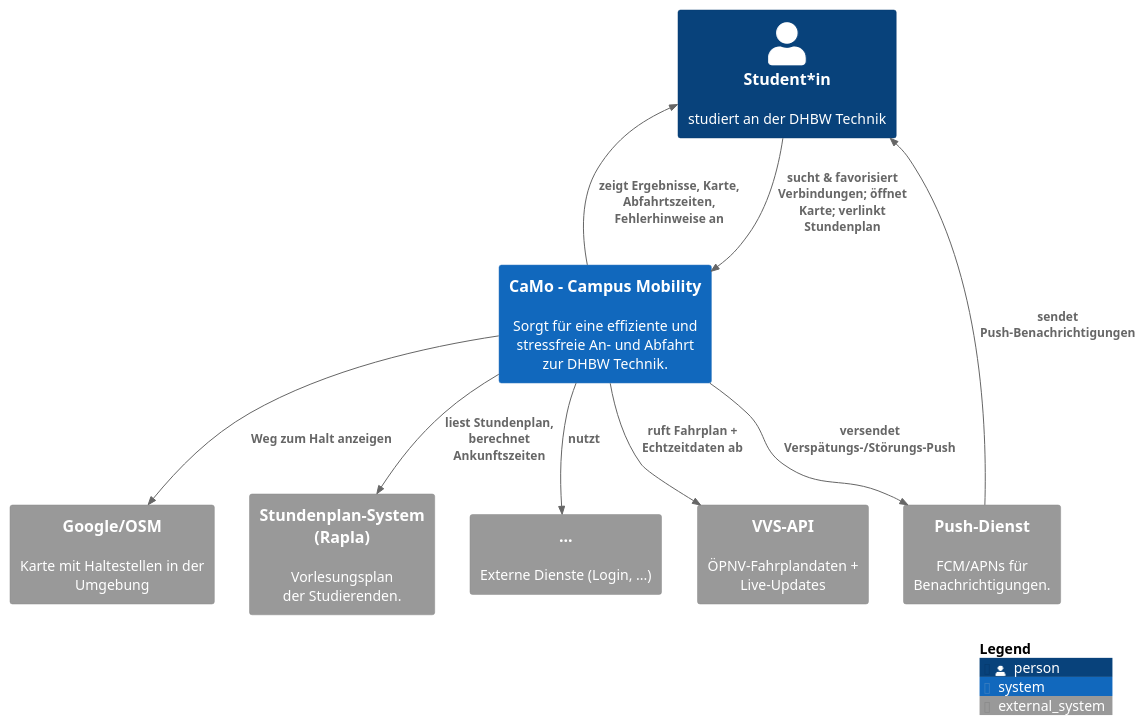
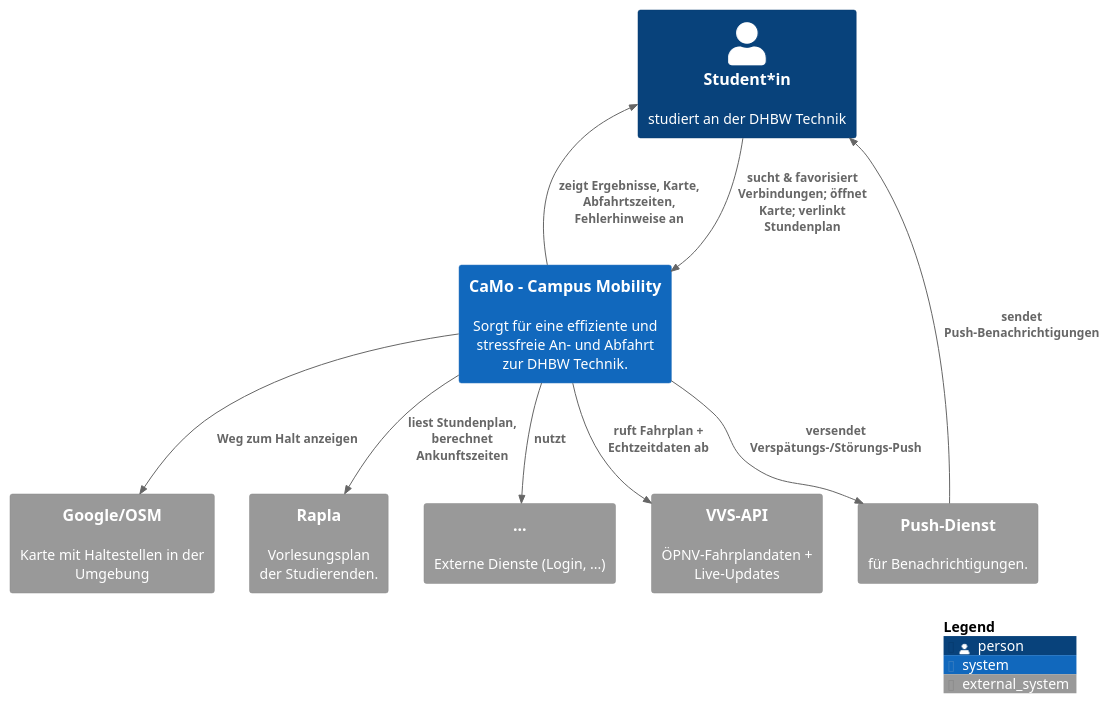
One commit to Isabella25B/CaMo---Campus-Mobility changed the diagram in docs/architecture/c4_beispiel.puml. Above: the diagram before and after it, drawn with PlantUML.

Commit message:
delete info

```diff
--- a/docs/architecture/c4_beispiel.puml
+++ b/docs/architecture/c4_beispiel.puml
@@ -1,36 +1,36 @@
 @startuml C4_Context_Example
 ' C4-PlantUML Context diagram include (remote)
 !includeurl https://raw.githubusercontent.com/plantuml-stdlib/C4-PlantUML/master/C4_Context.puml
 
 ' optional: set skinparams oder Theme (siehe Repo für Varianten)
 
 ' Titel
 LAYOUT_WITH_LEGEND()
 
 ' Definiere System und Actor
 Person(person, "Student*in", "studiert an der DHBW Technik")
 System(camo, "CaMo - Campus Mobility", "Sorgt für eine effiziente und stressfreie An- und Abfahrt zur DHBW Technik.")
 
 ' Externe Systeme
 System_Ext(vvs,  "VVS-API", "ÖPNV-Fahrplandaten + Live-Updates")
 System_Ext(maps, "Google/OSM", "Karte mit Haltestellen in der Umgebung")
-System_Ext(push, "Push-Dienst", "FCM/APNs für Benachrichtigungen.")
-System_Ext(plan, "Stundenplan-System (Rapla)", "Vorlesungsplan der Studierenden.")
+System_Ext(push, "Push-Dienst", "für Benachrichtigungen.")
+System_Ext(plan, "Rapla", "Vorlesungsplan der Studierenden.")
 System_Ext(marcel, "...", "Externe Dienste (Login, ...)")
 
 ' Beziehungen
 Rel(person, camo, "sucht & favorisiert Verbindungen; öffnet Karte; verlinkt Stundenplan")
 Rel(camo, vvs,  "ruft Fahrplan + Echtzeitdaten ab")
 Rel(camo, maps, "Weg zum Halt anzeigen")
 Rel(camo, push, "versendet Verspätungs-/Störungs-Push")
 Rel(camo, plan, "liest Stundenplan, berechnet Ankunftszeiten")
 Rel(camo, marcel, "nutzt")
 
 ' Rückflüsse
 Rel_D(camo, person, "zeigt Ergebnisse, Karte, Abfahrtszeiten, Fehlerhinweise an")
 Rel_D(push, person, "sendet Push-Benachrichtigungen")
 
 
 ' Ausgabe: Kontextdiagramm
 SHOW_LEGEND()
 @enduml
```
